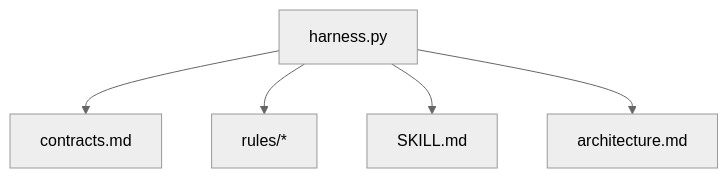
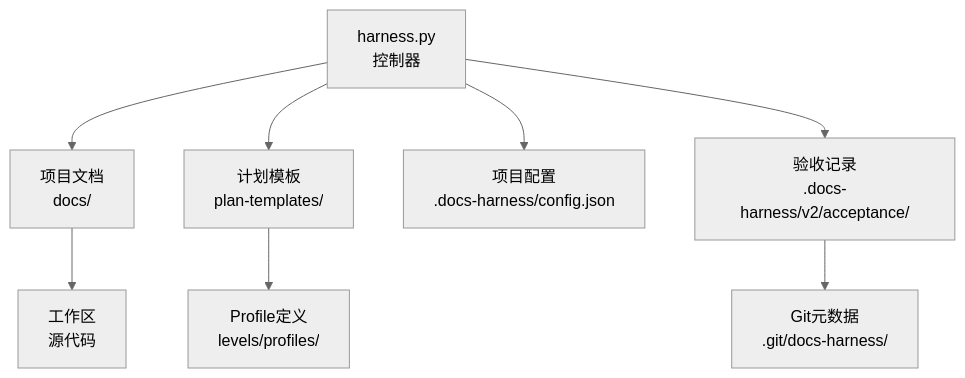
Before and after one commit to HackSing/docs-harness: the third of 3 diagrams in .qoder/repowiki/zh/content/核心概念/核心概念.md, drawn with Mermaid (neutral theme). The commit also changed other lines of this file and 42 other files, not shown here.

````diff
--- a/.qoder/repowiki/zh/content/核心概念/核心概念.md
+++ b/.qoder/repowiki/zh/content/核心概念/核心概念.md
@@ -263,7 +263,10 @@
 ```mermaid
 graph TB
-H["harness.py"] --> C["contracts.md"]
-H --> R["rules/*"]
-H --> S["SKILL.md"]
-H --> A["architecture.md"]
+H["harness.py<br/>控制器"] --> K["项目文档<br/>docs/"]
+H --> T["计划模板<br/>plan-templates/"]
+H --> C["项目配置<br/>.docs-harness/config.json"]
+H --> R["验收记录<br/>.docs-harness/v2/acceptance/"]
+K --> W["工作区<br/>源代码"]
+T --> P["Profile定义<br/>levels/profiles/"]
+R --> S["Git元数据<br/>.git/docs-harness/"]
 ```
````
